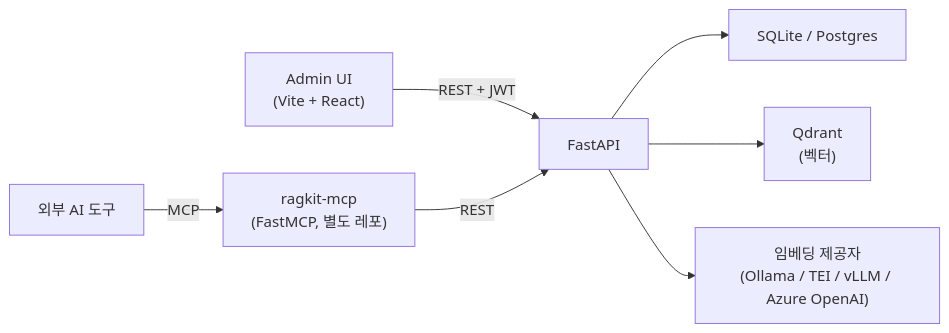
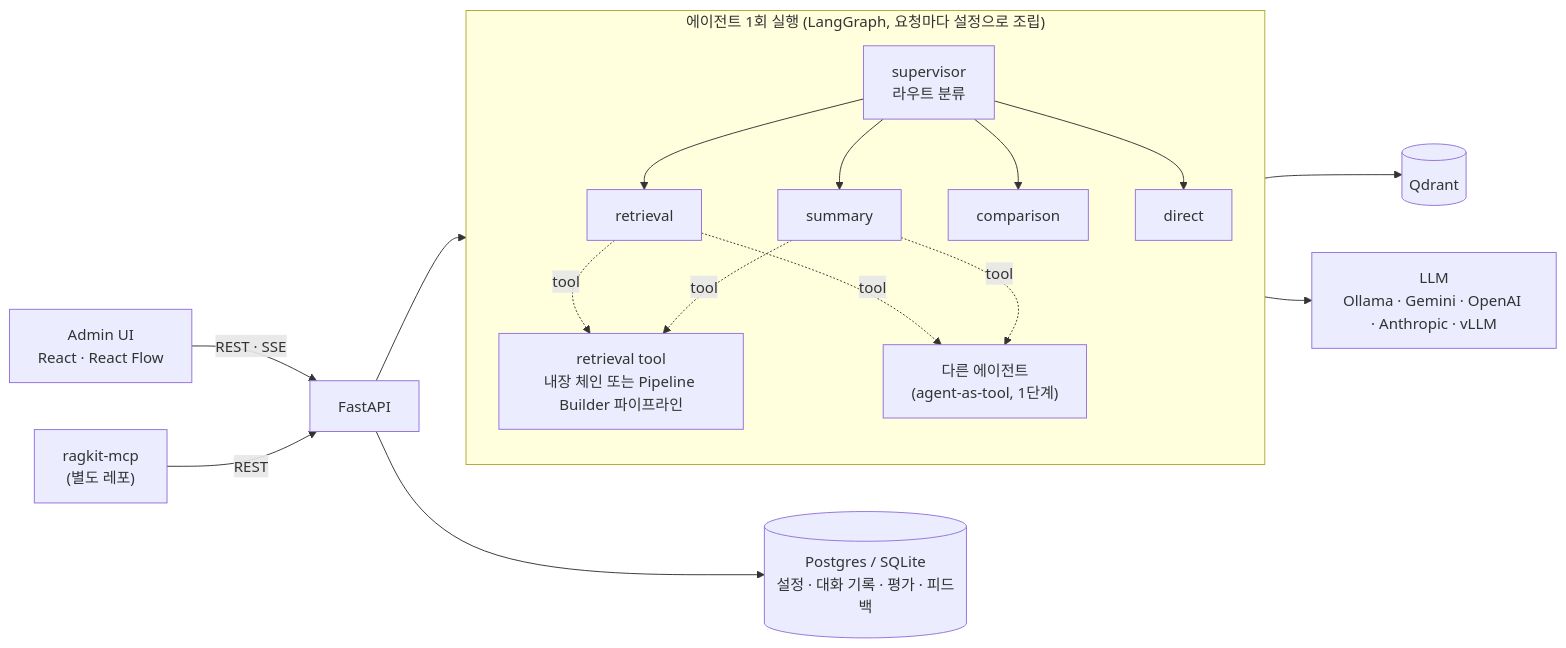
One commit to sigmoidx0/ragkit changed the diagram in README.md. Above: the diagram before and after it, drawn with Mermaid. The commit also changed other lines of this file and 5 other files, not shown here.

Commit message:
docs: rewrite readme around architecture, design decisions and measurements

````diff
--- a/README.md
+++ b/README.md
@@ -9,9 +20,17 @@
 ```mermaid
 flowchart LR
-    AdminUI["Admin UI\n(Vite + React)"] -->|REST + JWT| API
-    ExternalAI["외부 AI 도구"] -->|MCP| MCP["ragkit-mcp\n(FastMCP, 별도 레포)"]
-    MCP -->|REST| API["FastAPI"]
-    API --> DB["SQLite / Postgres"]
-    API --> Qdrant["Qdrant\n(벡터)"]
-    API --> Embed["임베딩 제공자\n(Ollama / TEI / vLLM / Azure OpenAI)"]
+    UI["Admin UI<br/>React · React Flow"] -- "REST · SSE" --> API["FastAPI"]
+    MCP["ragkit-mcp<br/>(별도 레포)"] -- REST --> API
+
+    subgraph Agent["에이전트 1회 실행 (LangGraph, 요청마다 설정으로 조립)"]
+        direction TB
+        SUP["supervisor<br/>라우트 분류"] --> R["retrieval"] & S["summary"] & C["comparison"] & D["direct"]
+        R & S -. tool .-> T1["retrieval tool<br/>내장 체인 또는 Pipeline Builder 파이프라인"]
+        R & S -. tool .-> T2["다른 에이전트<br/>(agent-as-tool, 1단계)"]
+    end
+
+    API --> Agent
+    API --> DB[("Postgres / SQLite<br/>설정 · 대화 기록 · 평가 · 피드백")]
+    T1 --> Q[("Qdrant")]
+    Agent --> LLM["LLM<br/>Ollama · Gemini · OpenAI · Anthropic · vLLM"]
 ```
````
